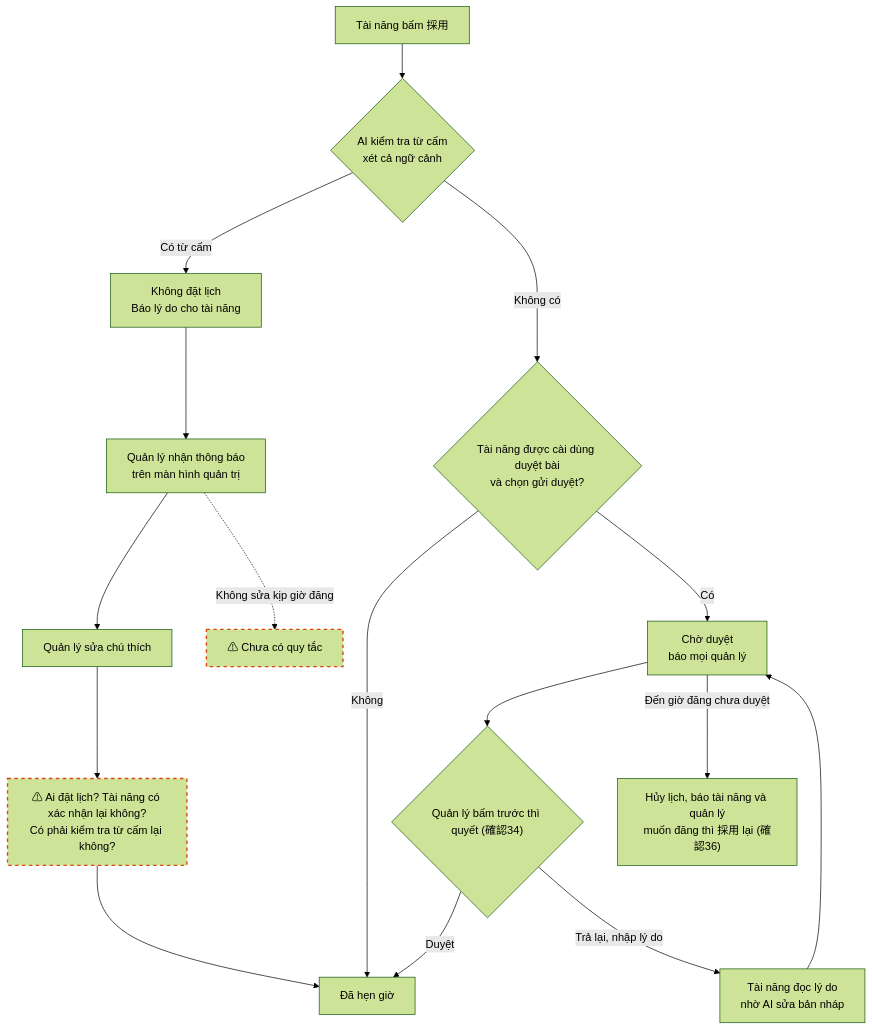
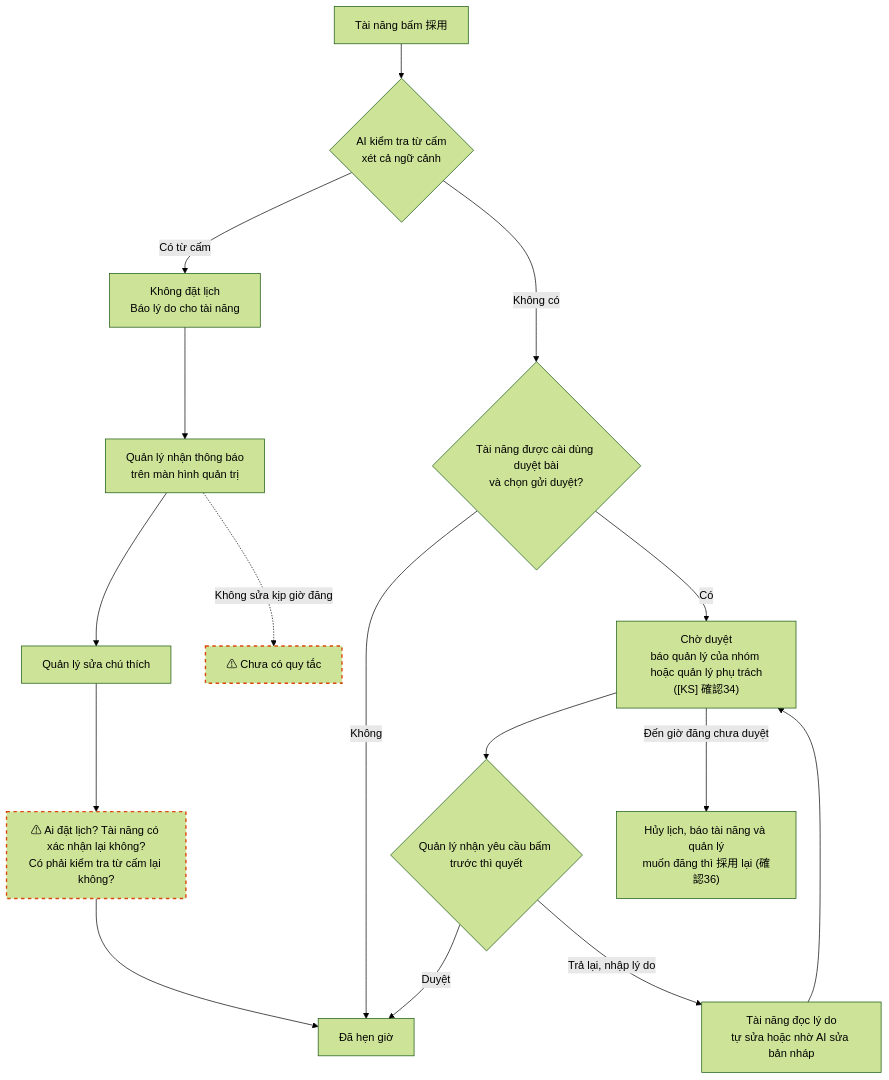
Before and after one commit to hailt-amcolab/ai_talent_os_docs: the fourth of 11 diagrams in Phan_tich/06_Workflow.md, drawn with Mermaid (forest theme). The commit also changed other lines of this file and 188 other files, not shown here.

````diff
--- a/Phan_tich/06_Workflow.md
+++ b/Phan_tich/06_Workflow.md
@@ -213,20 +227,20 @@
 ```mermaid
 flowchart TD
   A["Tài năng bấm 採用"] --> B{"AI kiểm tra từ cấm<br/>xét cả ngữ cảnh"}
   B -- "Có từ cấm" --> C["Không đặt lịch<br/>Báo lý do cho tài năng"]
   C --> D["Quản lý nhận thông báo<br/>trên màn hình quản trị"]
   D --> E["Quản lý sửa chú thích"]
   E --> F["⚠ Ai đặt lịch? Tài năng có xác nhận lại không?<br/>Có phải kiểm tra từ cấm lại không?"]
   D -. "Không sửa kịp giờ đăng" .-> G["⚠ Chưa có quy tắc"]
   B -- "Không có" --> H{"Tài năng được cài dùng duyệt bài<br/>và chọn gửi duyệt?"}
   H -- Không --> S["Đã hẹn giờ"]
-  H -- Có --> I["Chờ duyệt<br/>báo mọi quản lý"]
-  I --> J{"Quản lý bấm trước thì quyết (確認34)"}
+  H -- Có --> I["Chờ duyệt<br/>báo quản lý của nhóm hoặc quản lý phụ trách<br/>([KS] 確認34)"]
+  I --> J{"Quản lý nhận yêu cầu bấm trước thì quyết"}
   J -- "Duyệt" --> S
-  J -- "Trả lại, nhập lý do" --> K["Tài năng đọc lý do<br/>nhờ AI sửa bản nháp"]
+  J -- "Trả lại, nhập lý do" --> K["Tài năng đọc lý do<br/>tự sửa hoặc nhờ AI sửa bản nháp"]
   K --> I
   I -- "Đến giờ đăng chưa duyệt" --> M["Hủy lịch, báo tài năng và quản lý<br/>muốn đăng thì 採用 lại (確認36)"]
   F --> S
   classDef unclear stroke:#d9480f,stroke-width:2px,stroke-dasharray:5 5
   class F,G unclear
 ```
````
